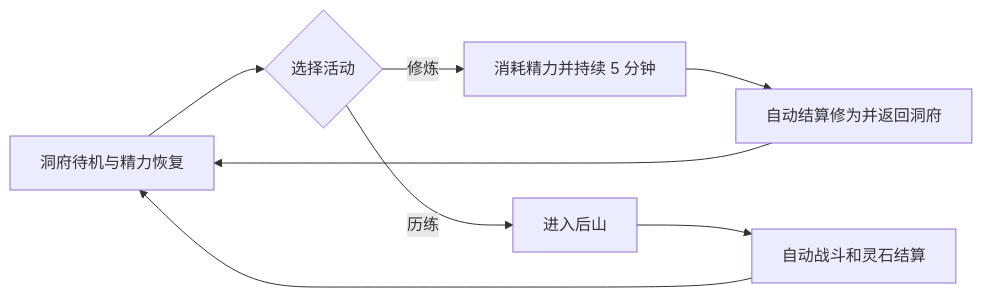
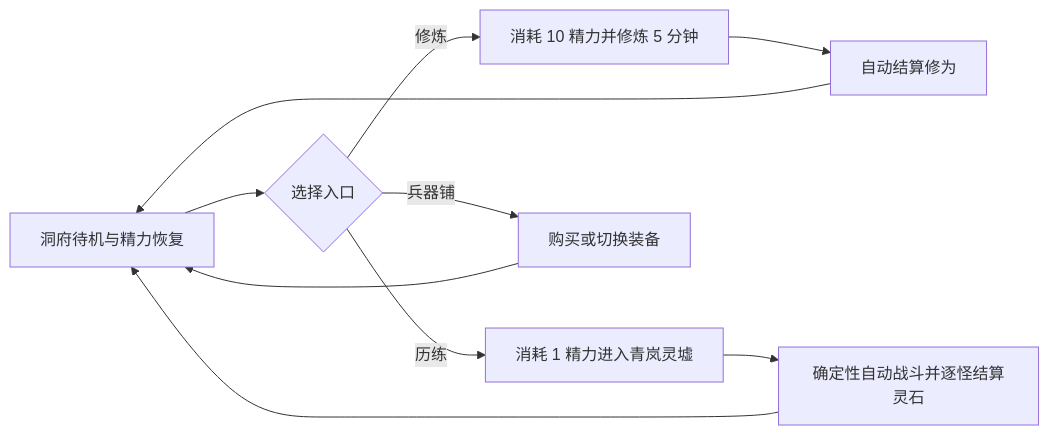
One commit to ZeroCc7/immortal_pet_v2 changed the diagram in docs/gameplay-and-entrypoints.md. Above: the diagram before and after it, drawn with Mermaid. The commit also changed other lines of this file and 27 other files, not shown here.

Commit message:
Implement shop and journey equipment flow

````diff
--- a/docs/gameplay-and-entrypoints.md
+++ b/docs/gameplay-and-entrypoints.md
@@ -11,10 +7,12 @@
 ```mermaid
 flowchart LR
-    A[洞府待机与精力恢复] --> B{选择活动}
-    B -->|修炼| C[消耗精力并持续 5 分钟]
-    B -->|历练| D[进入后山]
-    C --> E[自动结算修为并返回洞府]
-    D --> F[自动战斗和灵石结算]
+    A[洞府待机与精力恢复] --> B{选择入口}
+    B -->|修炼| C[消耗 10 精力并修炼 5 分钟]
+    B -->|历练| D[消耗 1 精力进入青岚灵墟]
+    B -->|兵器铺| E[购买或切换装备]
+    C --> F[自动结算修为]
+    D --> G[确定性自动战斗并逐怪结算灵石]
     E --> A
     F --> A
+    G --> A
 ```
````
